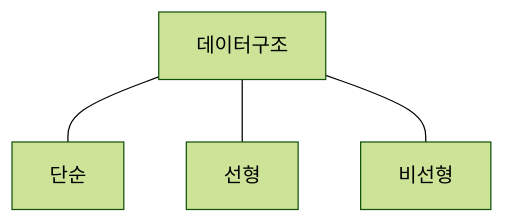
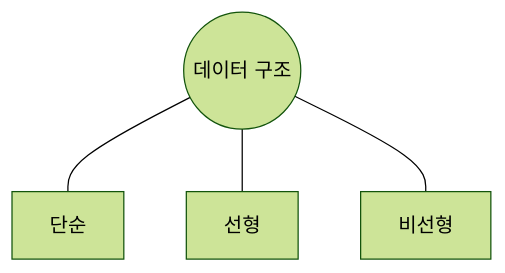
The diagram in blog/pe/algo/data-structure.md (gracefullight/gracefullight.github.io), drawn with Mermaid (forest theme) before and after one commit. The commit also changed 42 other files, not shown here.

````diff
--- a/blog/pe/algo/data-structure.md
+++ b/blog/pe/algo/data-structure.md
@@ -13,7 +13,7 @@
 ```mermaid
 graph TB
-  데이터구조
+  데이터구조((데이터 구조))
   데이터구조 --- 단순
   데이터구조 --- 선형
   데이터구조 --- 비선형
 ```
````
